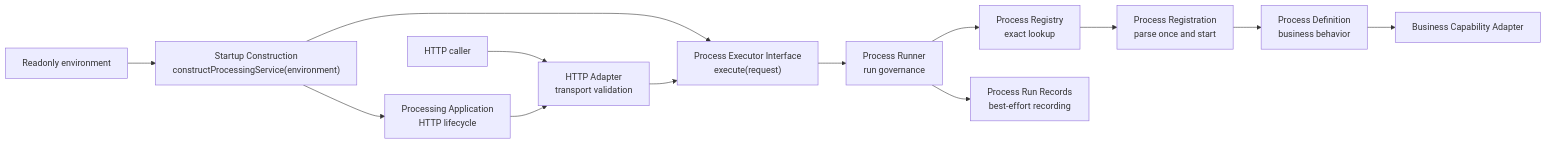
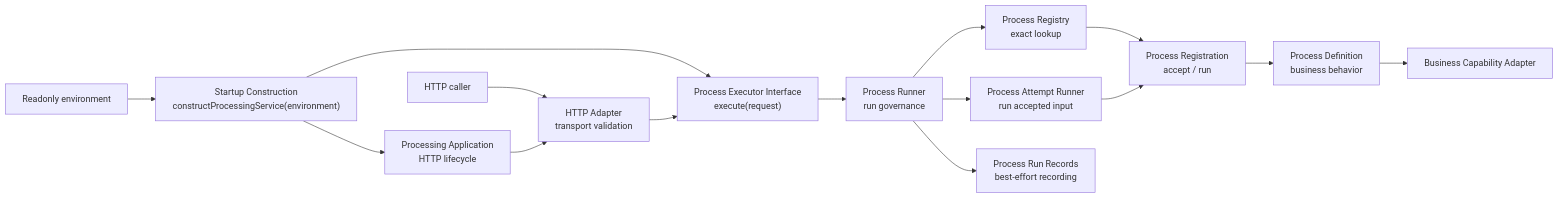
One commit to hkai-ai/pipipi changed the diagram in docs/process-runtime-design.md. Above: the diagram before and after it, drawn with Mermaid. The commit also changed other lines of this file and 4 other files, not shown here.

````diff
--- a/docs/process-runtime-design.md
+++ b/docs/process-runtime-design.md
@@ -22,15 +22,17 @@
 ```mermaid
 flowchart LR
     Env["Readonly environment"] --> Startup["Startup Construction<br/>constructProcessingService(environment)"]
     Startup --> Application["Processing Application<br/>HTTP lifecycle"]
     Startup --> Executor
     Caller["HTTP caller"] --> Http["HTTP Adapter<br/>transport validation"]
     Application --> Http
     Http --> Executor["Process Executor Interface<br/>execute(request)"]
     Executor --> Runner["Process Runner<br/>run governance"]
     Runner --> Registry["Process Registry<br/>exact lookup"]
-    Registry --> Registration["Process Registration<br/>parse once and start"]
+    Runner --> Attempt["Process Attempt Runner<br/>run accepted input"]
+    Registry --> Registration["Process Registration<br/>accept / run"]
+    Attempt --> Registration
     Registration --> Definition["Process Definition<br/>business behavior"]
     Definition --> Capability["Business Capability Adapter"]
     Runner --> Records["Process Run Records<br/>best-effort recording"]
 ```
````
